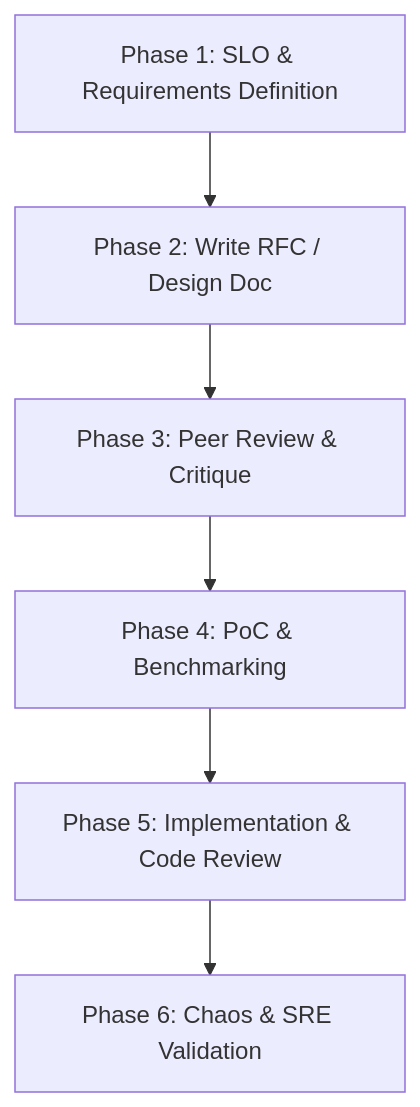
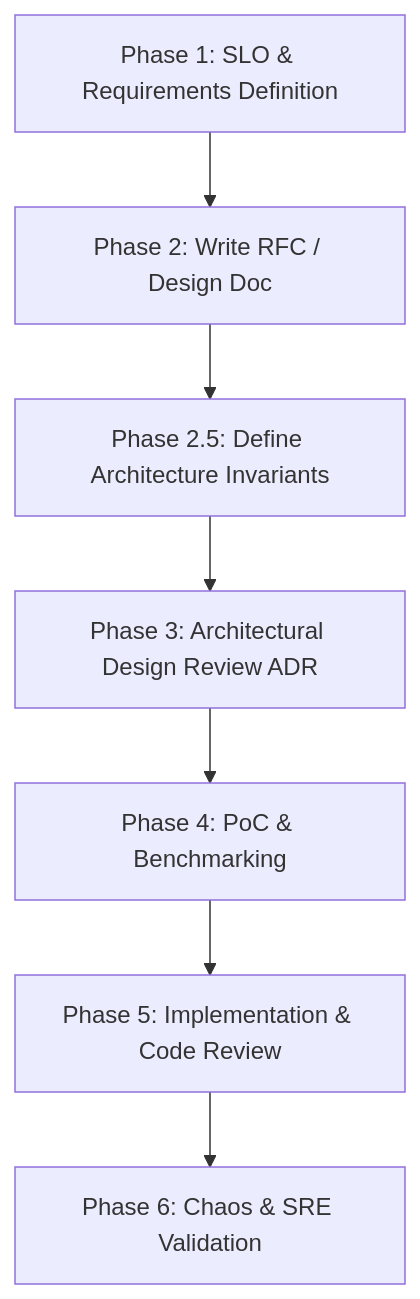
Before and after one commit to moadabdou/Shiden: the diagram in plan/v1.0/design/design_path.md, drawn with Mermaid. The commit also changed other lines of this file and 4 other files, not shown here.

Commit message:
refactor: formalize architectural workflow with core invariants, ADR process, and updated design documentation

````diff
--- a/plan/v1.0/design/design_path.md
+++ b/plan/v1.0/design/design_path.md
@@ -9,8 +9,9 @@
 ```mermaid
 graph TD
     A[Phase 1: SLO & Requirements Definition] --> B[Phase 2: Write RFC / Design Doc]
-    B --> C[Phase 3: Peer Review & Critique]
+    B --> X[Phase 2.5: Define Architecture Invariants]
+    X --> C[Phase 3: Architectural Design Review ADR]
     C --> D[Phase 4: PoC & Benchmarking]
     D --> E[Phase 5: Implementation & Code Review]
     E --> F[Phase 6: Chaos & SRE Validation]
 ```
````
